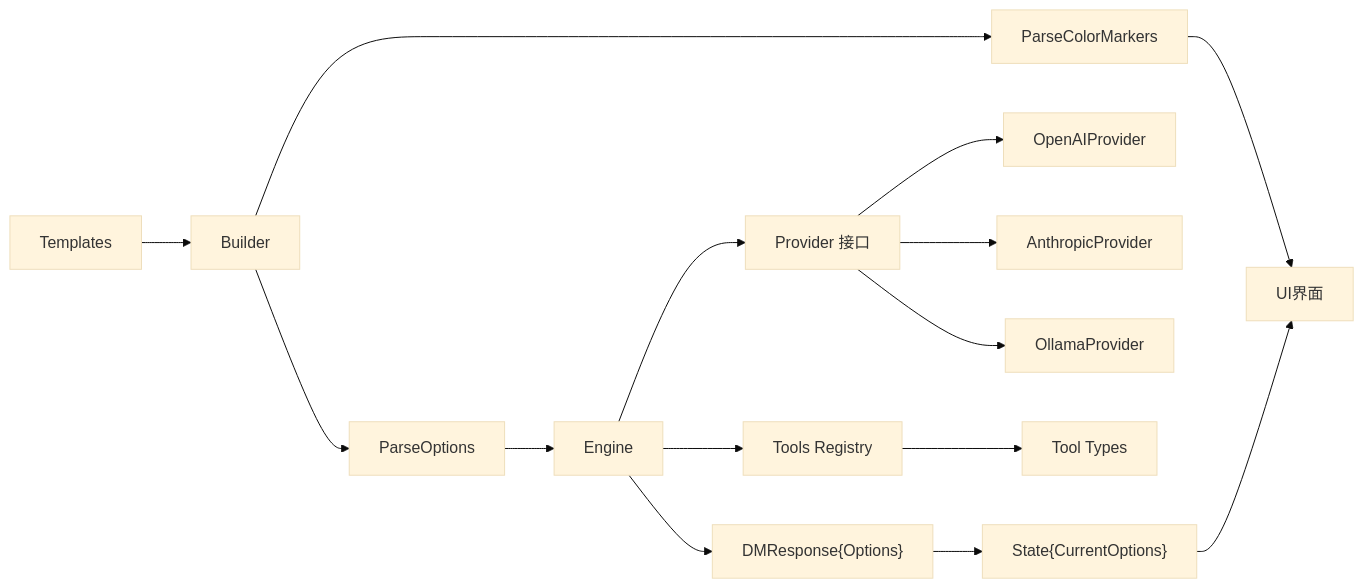
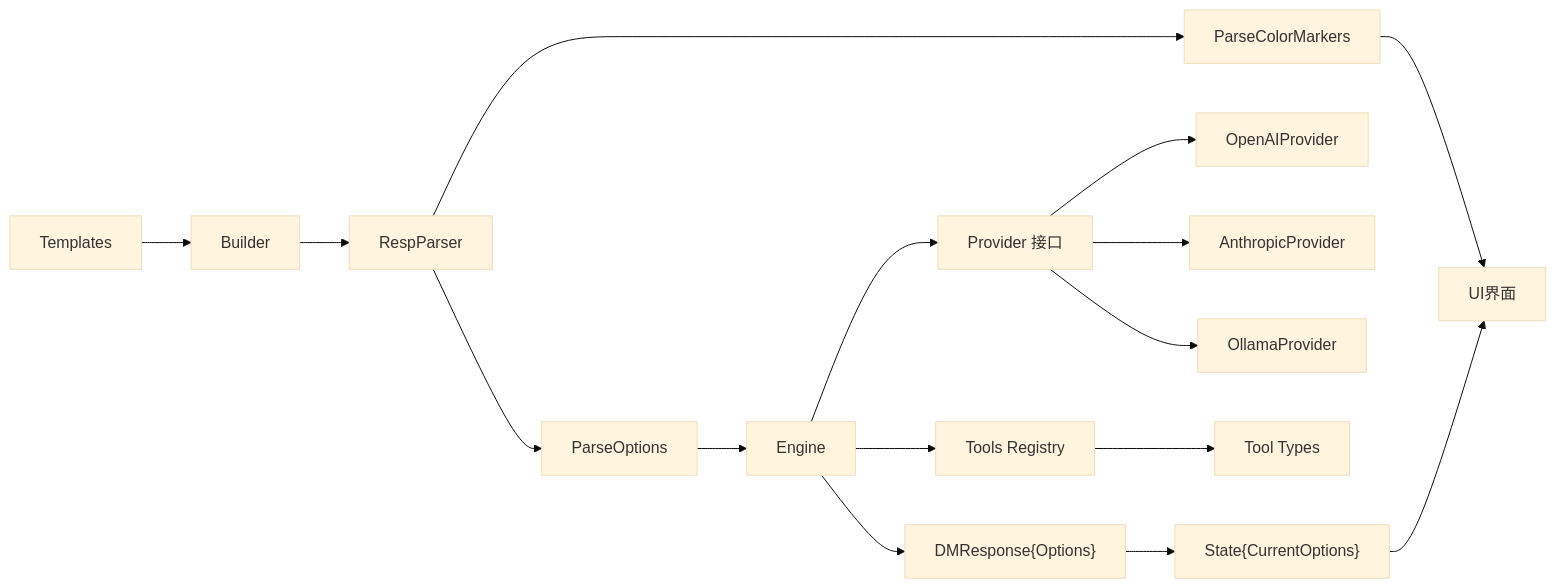
Before and after one commit to zwh8800/cdnd: the ninth of 9 diagrams in .qoder/repowiki/zh/content/LLM集成系统/提示词系统.md, drawn with Mermaid (base theme). The commit also changed other lines of this file and 2 other files, not shown here.

````diff
--- a/.qoder/repowiki/zh/content/LLM集成系统/提示词系统.md
+++ b/.qoder/repowiki/zh/content/LLM集成系统/提示词系统.md
@@ -437,17 +448,18 @@
 ```mermaid
 graph LR
 TPL["Templates"] --> BLD["Builder"]
-BLD --> OPTPARSE["ParseOptions"]
-BLD --> COLORMARK["ParseColorMarkers"]
+BLD --> RESPARSE["RespParser"]
+RESPARSE --> OPTPARSE["ParseOptions"]
+RESPARSE --> COLORMARK["ParseColorMarkers"]
 OPTPARSE --> ENG["Engine"]
 COLORMARK --> UI["UI界面"]
 ENG --> IFACE["Provider 接口"]
 IFACE --> OPENAI["OpenAIProvider"]
 IFACE --> ANTH["AnthropicProvider"]
 IFACE --> OLL["OllamaProvider"]
 ENG --> TOOLREG["Tools Registry"]
 TOOLREG --> TYPES["Tool Types"]
 ENG --> DMRESP["DMResponse{Options}"]
 DMRESP --> STATE["State{CurrentOptions}"]
 STATE --> UI
 ```
````
